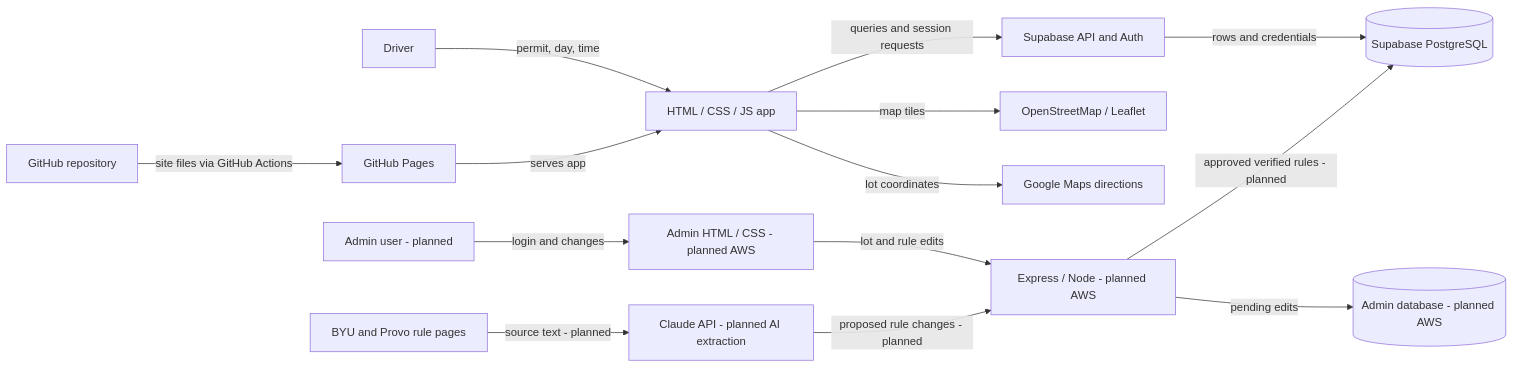
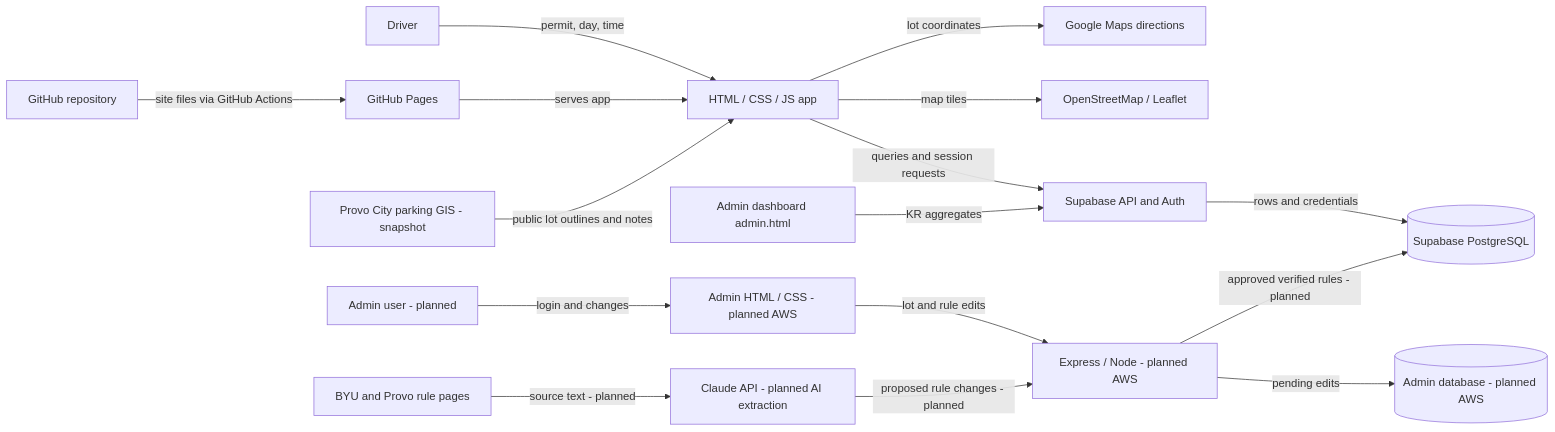
Before and after one commit to ParkerMorris11/ProvoParking: the diagram in README.md, drawn with Mermaid. The commit also changed other lines of this file, not shown here.

First line of the commit message:
README: Sprint 2 status, map data sources, current lot counts

````diff
--- a/README.md
+++ b/README.md
@@ -120,16 +128,18 @@
 ```mermaid
 flowchart LR
   U[Driver] -->|permit, day, time| UI[HTML / CSS / JS app]
   GH[GitHub repository] -->|site files via GitHub Actions| P[GitHub Pages]
   P -->|serves app| UI
   UI -->|queries and session requests| API[Supabase API and Auth]
   API -->|rows and credentials| DB[(Supabase PostgreSQL)]
   UI -->|map tiles| OSM[OpenStreetMap / Leaflet]
+  CityGIS[Provo City parking GIS - snapshot] -->|public lot outlines and notes| UI
+  Admin[Admin dashboard admin.html] -->|KR aggregates| API
   UI -->|lot coordinates| Maps[Google Maps directions]
   A[Admin user - planned] -->|login and changes| WEB[Admin HTML / CSS - planned AWS]
   WEB -->|lot and rule edits| S[Express / Node - planned AWS]
   S -->|pending edits| AD[(Admin database - planned AWS)]
   S -->|approved verified rules - planned| DB
   Sources[BYU and Provo rule pages] -->|source text - planned| AI[Claude API - planned AI extraction]
   AI -->|proposed rule changes - planned| S
 ```
````
